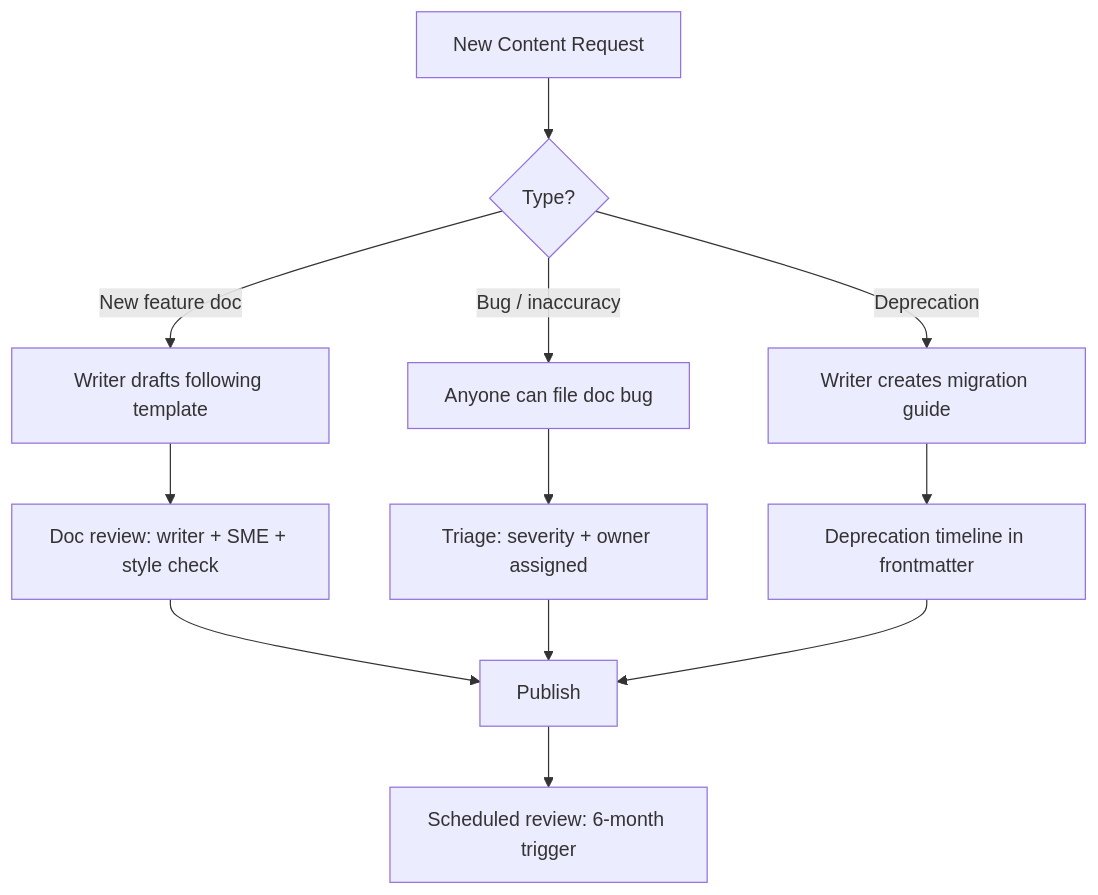
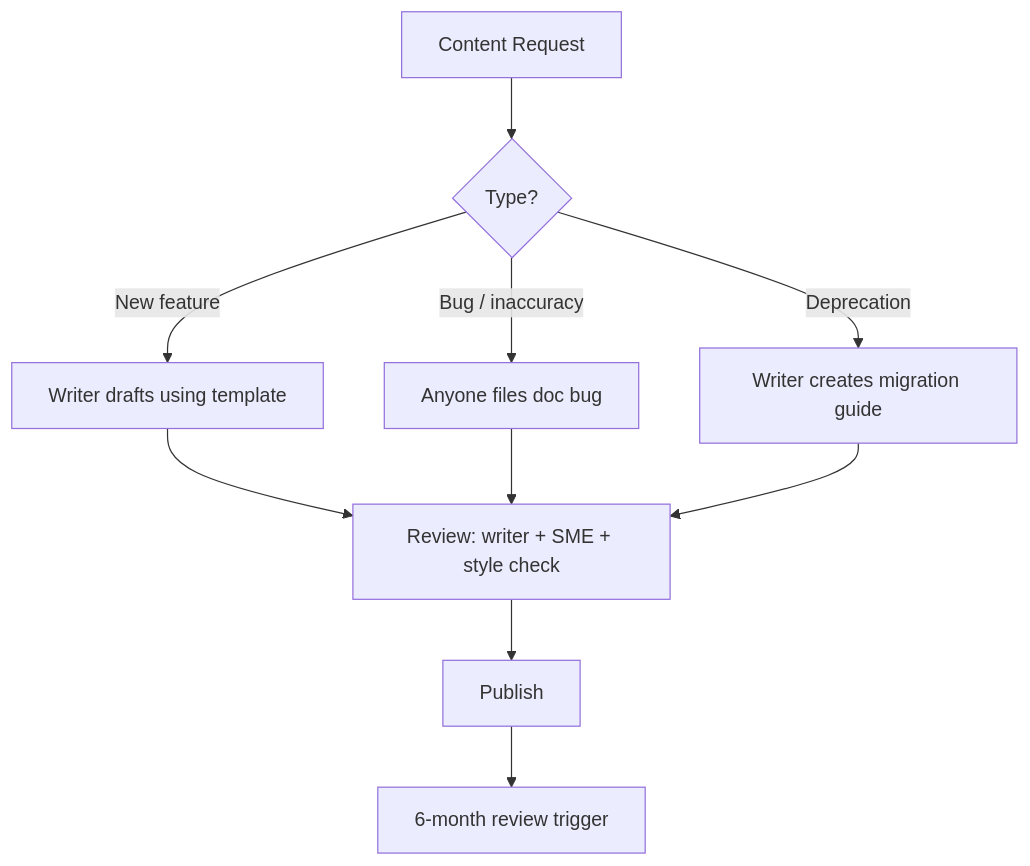
One commit to BakhodiribnYashinibnMansur/SeniorProject changed the second of 4 diagrams in Roadmap/Soft-Skills/technical-writer/TEMPLATE.md. Above: the diagram before and after it, drawn with Mermaid. The commit also changed other lines of this file and 17 other files, not shown here.

First line of the commit message:
update TEMPLATE.md files: add new roadmaps, fix SQL template, improve existing templates

````diff
--- a/Roadmap/Soft-Skills/technical-writer/TEMPLATE.md
+++ b/Roadmap/Soft-Skills/technical-writer/TEMPLATE.md
@@ -628,14 +396,10 @@
 ```mermaid
 graph TD
-    A[New Content Request] --> B{Type?}
-    B -->|New feature doc| C[Writer drafts following template]
-    B -->|Bug / inaccuracy| D[Anyone can file doc bug]
+    A[Content Request] --> B{Type?}
+    B -->|New feature| C[Writer drafts using template]
+    B -->|Bug / inaccuracy| D[Anyone files doc bug]
     B -->|Deprecation| E[Writer creates migration guide]
-    C --> F[Doc review: writer + SME + style check]
-    D --> G[Triage: severity + owner assigned]
-    E --> H[Deprecation timeline in frontmatter]
-    F --> I[Publish]
-    G --> I
-    H --> I
-    I --> J[Scheduled review: 6-month trigger]
+    C & D & E --> F[Review: writer + SME + style check]
+    F --> G[Publish]
+    G --> H[6-month review trigger]
 ```
````
